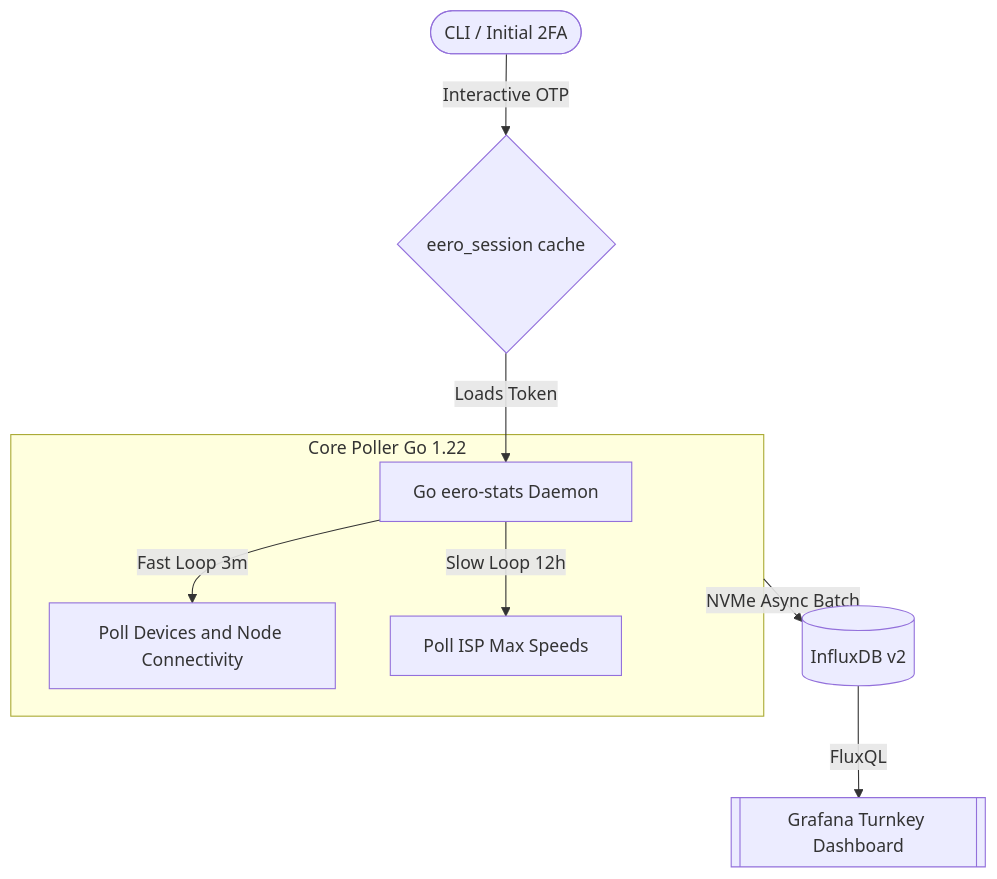
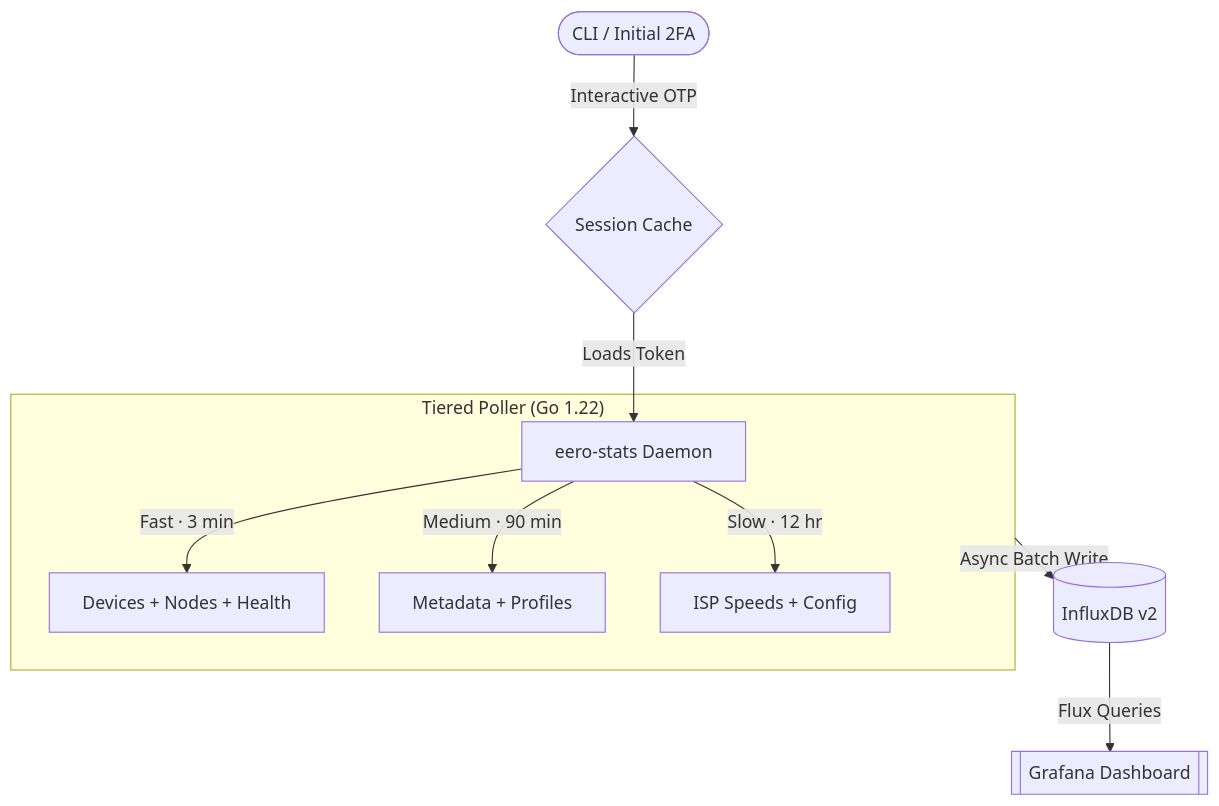
Before and after one commit to arvarik/eero-stats: the diagram in README.md, drawn with Mermaid. The commit also changed other lines of this file and 24 other files, not shown here.

````diff
--- a/README.md
+++ b/README.md
@@ -19,13 +29,14 @@
 ```mermaid
 flowchart TD
-    UserCLI([CLI / Initial 2FA]) -->|Interactive OTP| SessionFile{eero_session cache}
-    SessionFile -->|Loads Token| GoPoller[Go eero-stats Daemon]
-    
-    subgraph Engine ["Core Poller Go 1.22"]
-        GoPoller -->|Fast Loop 3m| CorePoll[Poll Devices and Node Connectivity]
-        GoPoller -->|Slow Loop 12h| ISPPoll[Poll ISP Max Speeds]
+    UserCLI([CLI / Initial 2FA]) -->|Interactive OTP| SessionFile{Session Cache}
+    SessionFile -->|Loads Token| GoPoller[eero-stats Daemon]
+
+    subgraph Poller ["Tiered Poller (Go 1.22)"]
+        GoPoller -->|Fast · 3 min| FastPoll[Devices + Nodes + Health]
+        GoPoller -->|Medium · 90 min| MediumPoll[Metadata + Profiles]
+        GoPoller -->|Slow · 12 hr| SlowPoll[ISP Speeds + Config]
     end
-    
-    Engine -->|NVMe Async Batch| Influx[(InfluxDB v2)]
-    Influx -->|FluxQL| Dashboard[[Grafana Turnkey Dashboard]]
+
+    Poller -->|Async Batch Write| Influx[(InfluxDB v2)]
+    Influx -->|Flux Queries| Dashboard[[Grafana Dashboard]]
 ```
````
